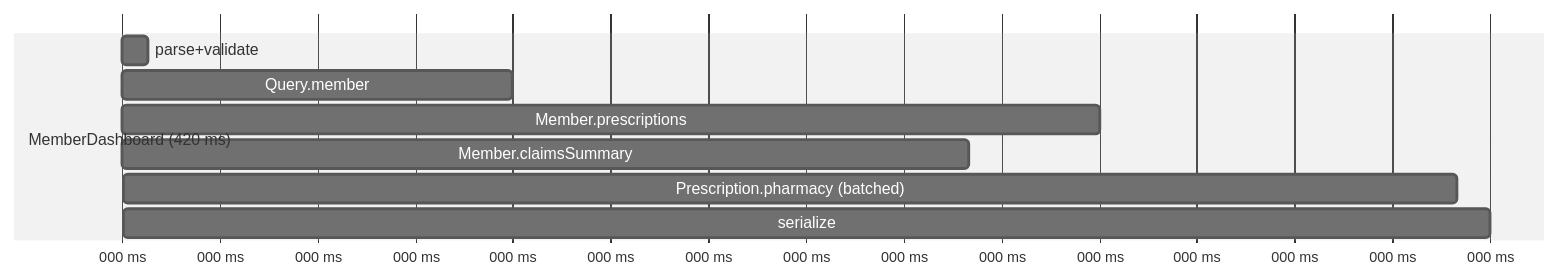
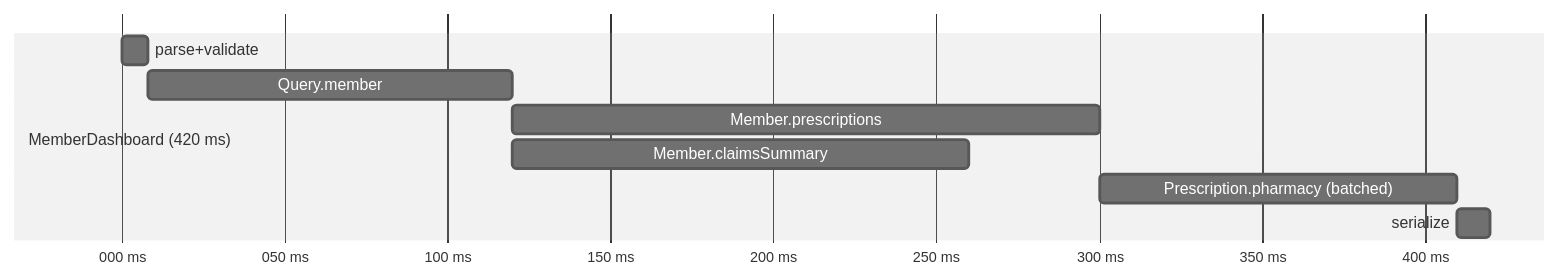
Before and after one commit to vishalhulawale/knowledge-base: the second of 2 diagrams in docs/graphql/09-performance-and-observability-of-graphql-services.md, drawn with Mermaid (neutral theme). The commit also changed other lines of this file and 5 other files, not shown here.

First line of the commit message:
docs(graphql): independent fact-check of pages 04-09

````diff
--- a/docs/graphql/09-performance-and-observability-of-graphql-services.md
+++ b/docs/graphql/09-performance-and-observability-of-graphql-services.md
@@ -45,12 +46,12 @@
 ```mermaid
 gantt
-    dateFormat X
+    dateFormat x
     axisFormat %L ms
     section MemberDashboard (420 ms)
     parse+validate        :0, 8
     Query.member          :8, 120
     Member.prescriptions  :120, 300
     Member.claimsSummary  :120, 260
     Prescription.pharmacy (batched) :300, 410
     serialize             :410, 420
 ```
````
